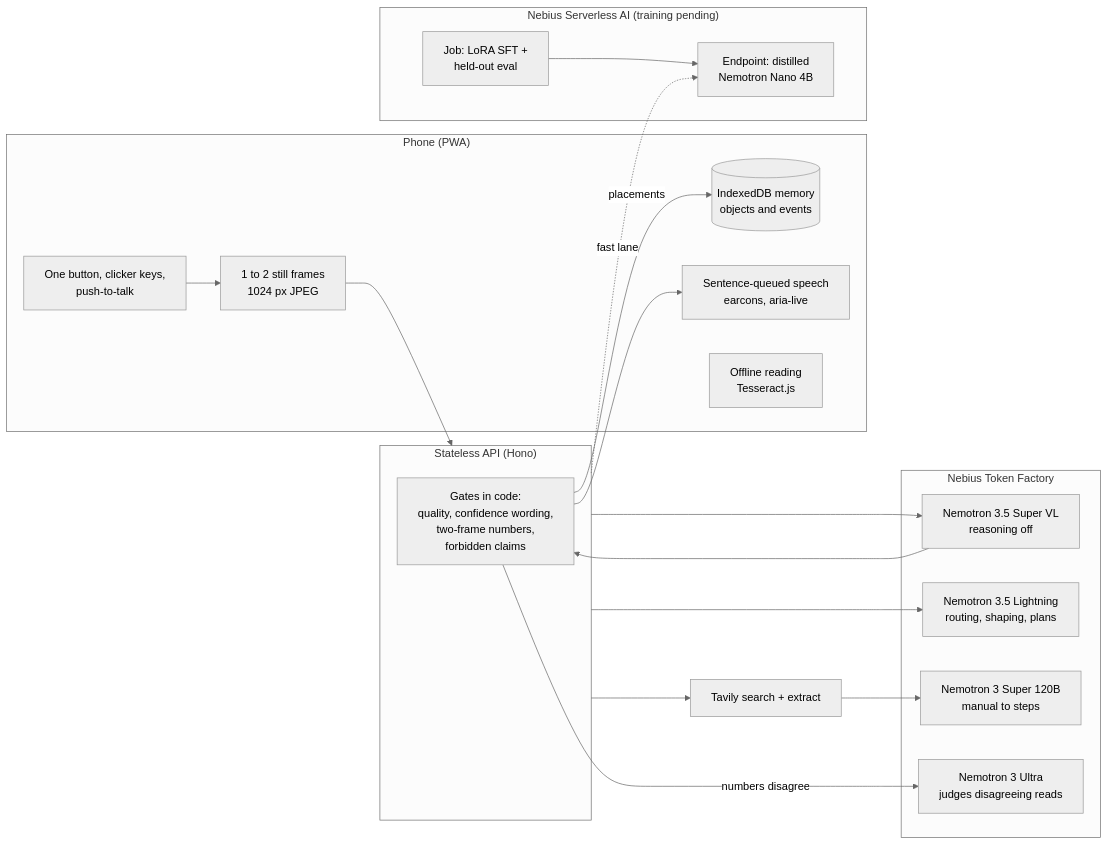
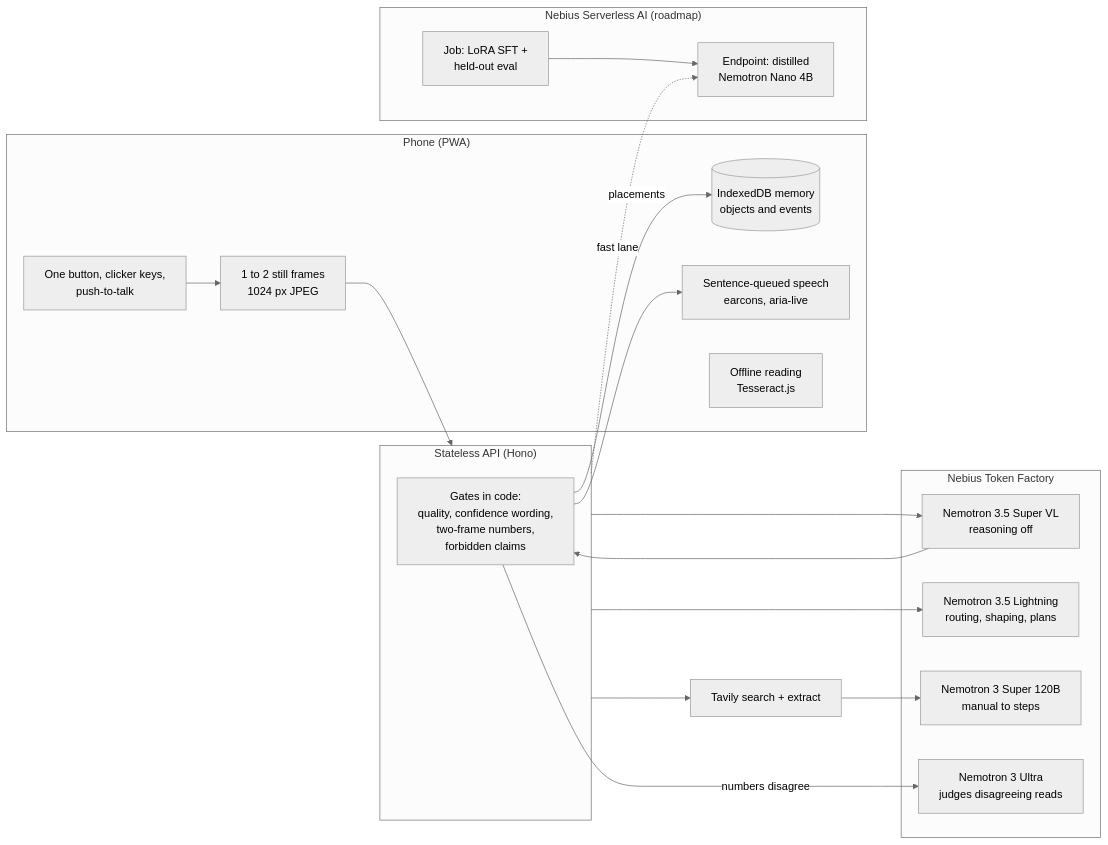
One commit to big14way/aloud changed the diagram in README.md. Above: the diagram before and after it, drawn with Mermaid (neutral theme). The commit also changed other lines of this file, not shown here.

Commit message:
README: move the Nano 4B training run to a new Roadmap section

````diff
--- a/README.md
+++ b/README.md
@@ -56,30 +56,30 @@
 ```mermaid
 flowchart LR
   subgraph Phone["Phone (PWA)"]
     BTN[One button, clicker keys,<br/>push-to-talk] --> CAM[1 to 2 still frames<br/>1024 px JPEG]
     MEM[(IndexedDB memory<br/>objects and events)]
     TTS[Sentence-queued speech<br/>earcons, aria-live]
     OCR[Offline reading<br/>Tesseract.js]
   end
   subgraph API["Stateless API (Hono)"]
     GATES[Gates in code:<br/>quality, confidence wording,<br/>two-frame numbers,<br/>forbidden claims]
   end
   subgraph TF["Nebius Token Factory"]
     VL[Nemotron 3.5 Super VL<br/>reasoning off]
     LT[Nemotron 3.5 Lightning<br/>routing, shaping, plans]
     SU[Nemotron 3 Super 120B<br/>manual to steps]
     UL[Nemotron 3 Ultra<br/>judges disagreeing reads]
   end
-  subgraph SAI["Nebius Serverless AI (training pending)"]
+  subgraph SAI["Nebius Serverless AI (roadmap)"]
     JOB[Job: LoRA SFT +<br/>held-out eval]
     EP[Endpoint: distilled<br/>Nemotron Nano 4B]
   end
   TAV[Tavily search + extract]
   CAM --> API --> VL --> GATES --> TTS
   GATES -- numbers disagree --> UL
   API --> LT
   API -. fast lane .-> EP
   API --> TAV --> SU
   GATES -- placements --> MEM
   JOB --> EP
 ```
````
